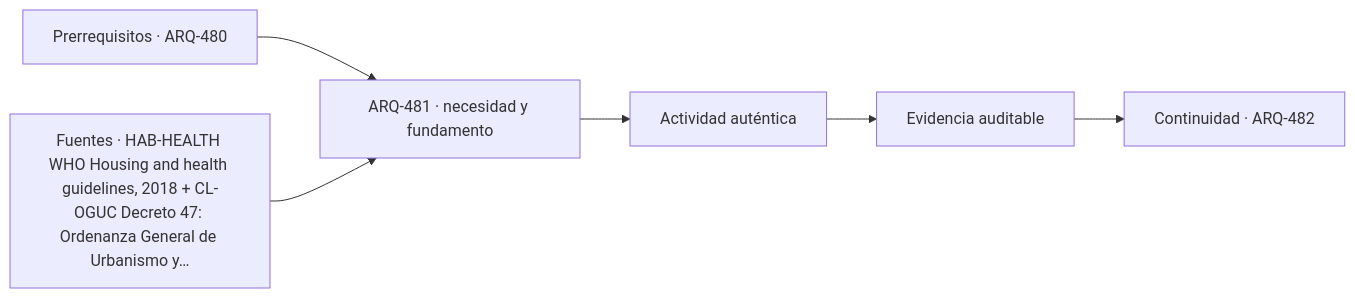
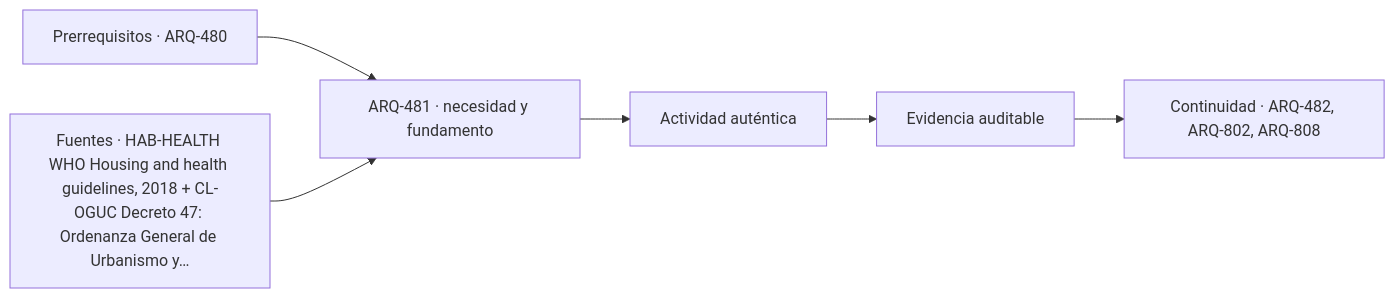
The diagram in classes/parte-49/ARQ-481.md (vladimiracunadev-create/architecture-built-environment-learning-program), drawn with Mermaid before and after one commit. The commit also changed other lines of this file and 234 other files, not shown here.

````diff
--- a/classes/parte-49/ARQ-481.md
+++ b/classes/parte-49/ARQ-481.md
@@ -101,8 +101,8 @@
 ```mermaid
 flowchart LR
     A["Prerrequisitos · ARQ-480"] --> B["ARQ-481 · necesidad y fundamento"]
     S["Fuentes · HAB-HEALTH WHO Housing and health guidelines, 2018 + CL-OGUC Decreto 47: Ordenanza General de Urbanismo y…"] --> B
     B --> C["Actividad auténtica"]
     C --> D["Evidencia auditable"]
-    D --> E["Continuidad · ARQ-482"]
+    D --> E["Continuidad · ARQ-482, ARQ-802, ARQ-808"]
 ```
````
